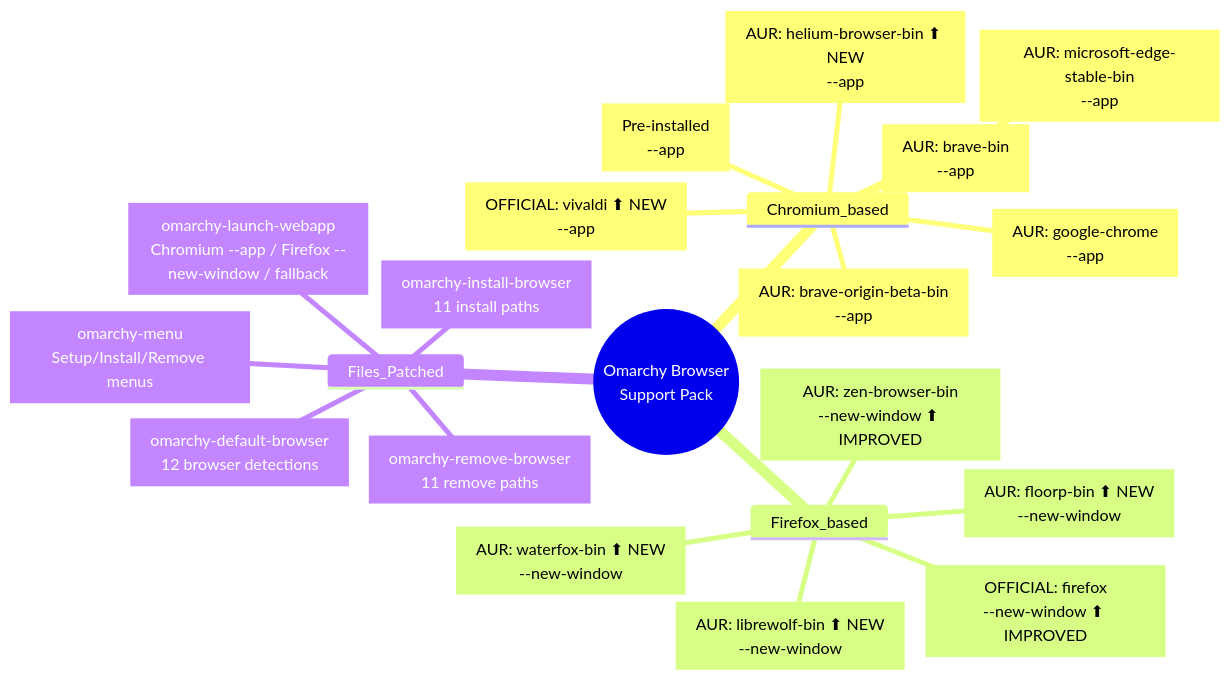
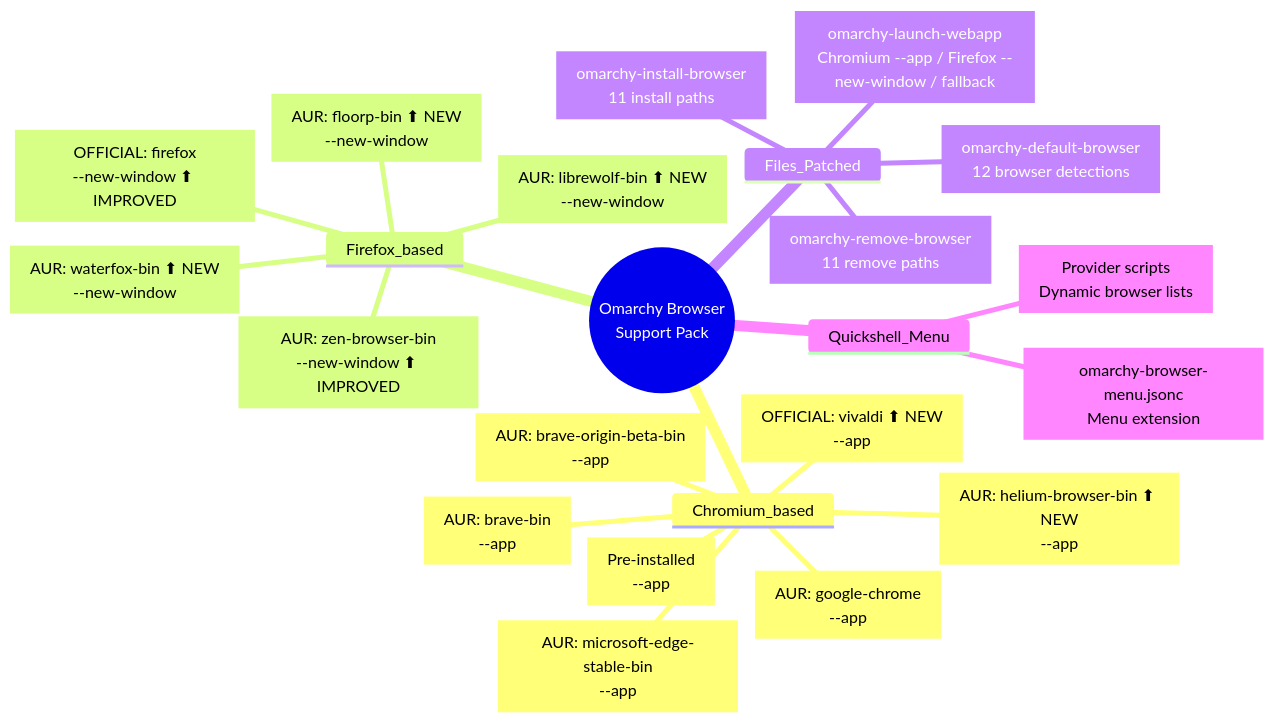
The diagram in MINDMAP.md (hembramnishant50-glitch/omarchy-browser-support), drawn with Mermaid before and after one commit. The commit also changed other lines of this file and 8 other files, not shown here.

````diff
--- a/MINDMAP.md
+++ b/MINDMAP.md
@@ -1,24 +1,26 @@
 ```mermaid
 mindmap
   root((Omarchy Browser<br/>Support Pack))
     Chromium_based
       Chromium["Pre-installed<br/>--app"]
       Chrome["AUR: google-chrome<br/>--app"]
       Brave["AUR: brave-bin<br/>--app"]
       Brave_Origin["AUR: brave-origin-beta-bin<br/>--app"]
       Edge["AUR: microsoft-edge-stable-bin<br/>--app"]
       Vivaldi["OFFICIAL: vivaldi ⬆ NEW<br/>--app"]
       Helium["AUR: helium-browser-bin ⬆ NEW<br/>--app"]
     Firefox_based
       Firefox["OFFICIAL: firefox<br/>--new-window ⬆ IMPROVED"]
       Zen["AUR: zen-browser-bin<br/>--new-window ⬆ IMPROVED"]
       Floorp["AUR: floorp-bin ⬆ NEW<br/>--new-window"]
       Waterfox["AUR: waterfox-bin ⬆ NEW<br/>--new-window"]
       LibreWolf["AUR: librewolf-bin ⬆ NEW<br/>--new-window"]
     Files_Patched
       default_browser["omarchy-default-browser<br/>12 browser detections"]
       install_browser["omarchy-install-browser<br/>11 install paths"]
       remove_browser["omarchy-remove-browser<br/>11 remove paths"]
-      menu["omarchy-menu<br/>Setup/Install/Remove menus"]
       webapp["omarchy-launch-webapp<br/>Chromium --app / Firefox --new-window / fallback"]
+    Quickshell_Menu
+      jsonc["omarchy-browser-menu.jsonc<br/>Menu extension"]
+      providers["Provider scripts<br/>Dynamic browser lists"]
 ```
````
